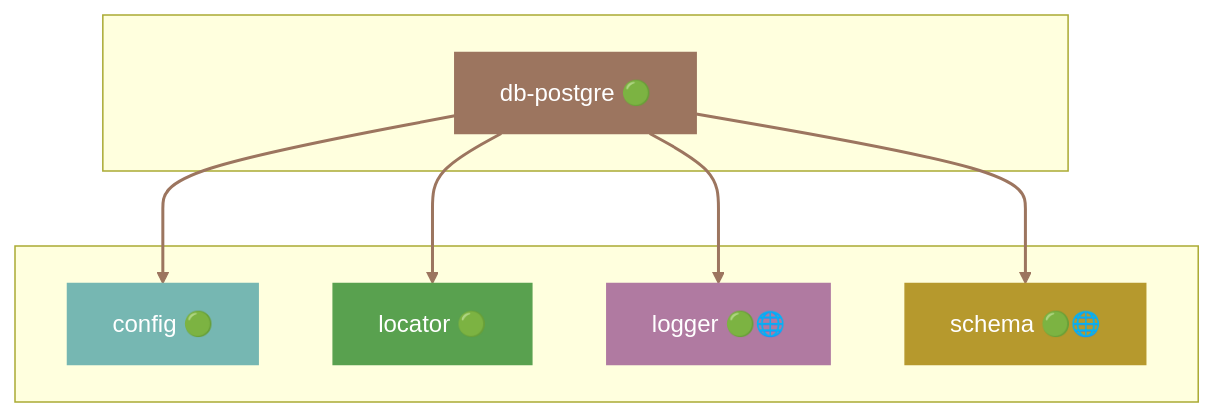
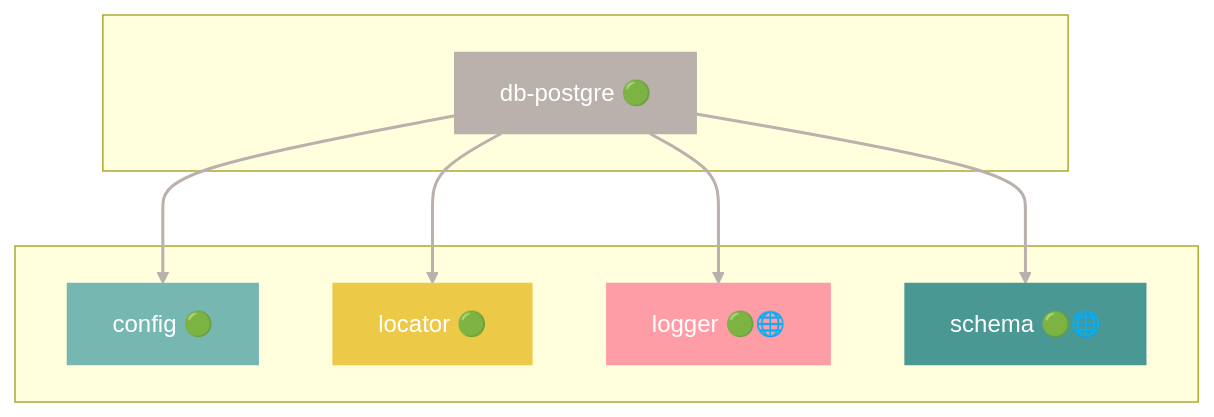
One commit to grest-ts/grest-ts changed diagram 11 of 43 in docs/DEPENDENCIES.md. Above: the diagram before and after it, drawn with Mermaid. The commit also changed other lines of this file and 14 other files, not shown here.

````diff
--- a/docs/DEPENDENCIES.md
+++ b/docs/DEPENDENCIES.md
@@ -663,25 +705,25 @@
 ```mermaid
 flowchart TB
     subgraph Package[" "]
         db-postgre["db-postgre 🟢"]
     end
     subgraph Dependencies[" "]
         config["config 🟢"]
         locator["locator 🟢"]
         logger["logger 🟢🌐"]
         schema["schema 🟢🌐"]
     end
     db-postgre --> config
     db-postgre --> locator
     db-postgre --> logger
     db-postgre --> schema
-    style db-postgre fill:#9C755F,stroke:#9C755F,color:#fff
+    style db-postgre fill:#BAB0AC,stroke:#BAB0AC,color:#fff
     style config fill:#76B7B2,stroke:#76B7B2,color:#fff
-    style locator fill:#59A14F,stroke:#59A14F,color:#fff
-    style logger fill:#B07AA1,stroke:#B07AA1,color:#fff
-    style schema fill:#B6992D,stroke:#B6992D,color:#fff
-    linkStyle 0 stroke:#9C755F,stroke-width:2px
-    linkStyle 1 stroke:#9C755F,stroke-width:2px
-    linkStyle 2 stroke:#9C755F,stroke-width:2px
-    linkStyle 3 stroke:#9C755F,stroke-width:2px
+    style locator fill:#EDC948,stroke:#EDC948,color:#fff
+    style logger fill:#FF9DA7,stroke:#FF9DA7,color:#fff
+    style schema fill:#499894,stroke:#499894,color:#fff
+    linkStyle 0 stroke:#BAB0AC,stroke-width:2px
+    linkStyle 1 stroke:#BAB0AC,stroke-width:2px
+    linkStyle 2 stroke:#BAB0AC,stroke-width:2px
+    linkStyle 3 stroke:#BAB0AC,stroke-width:2px
 ```
````
